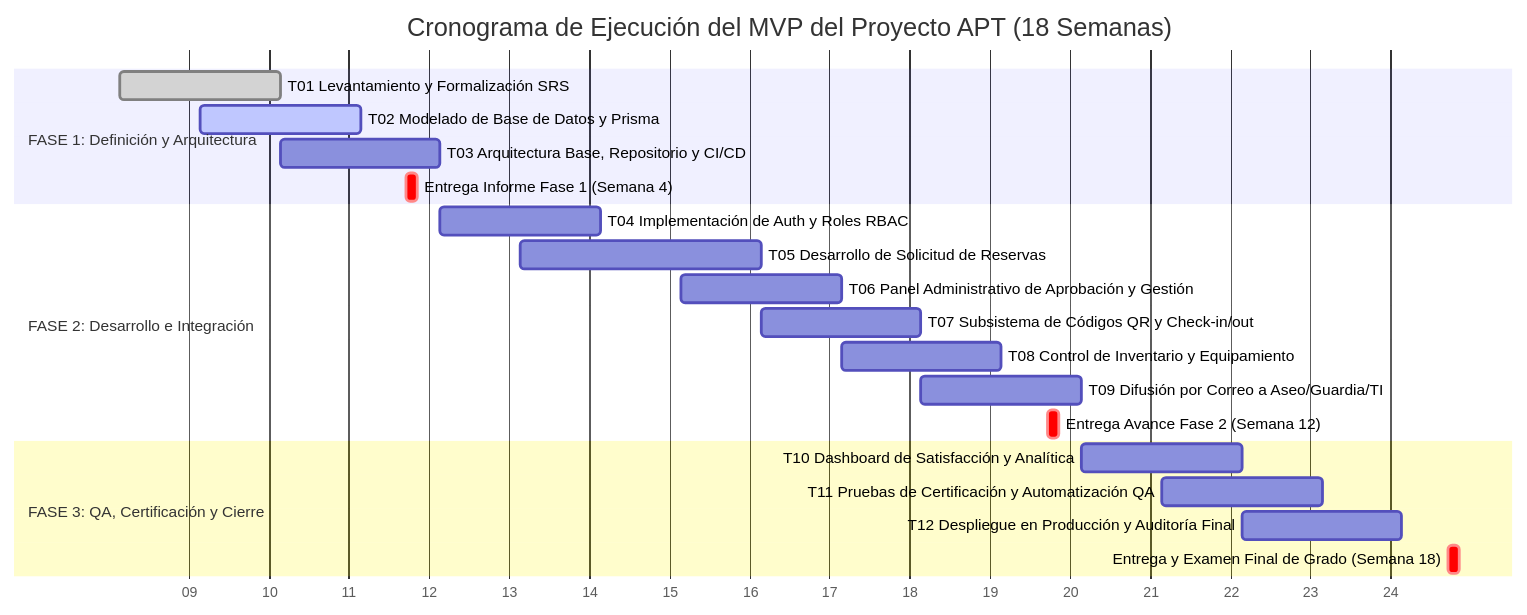
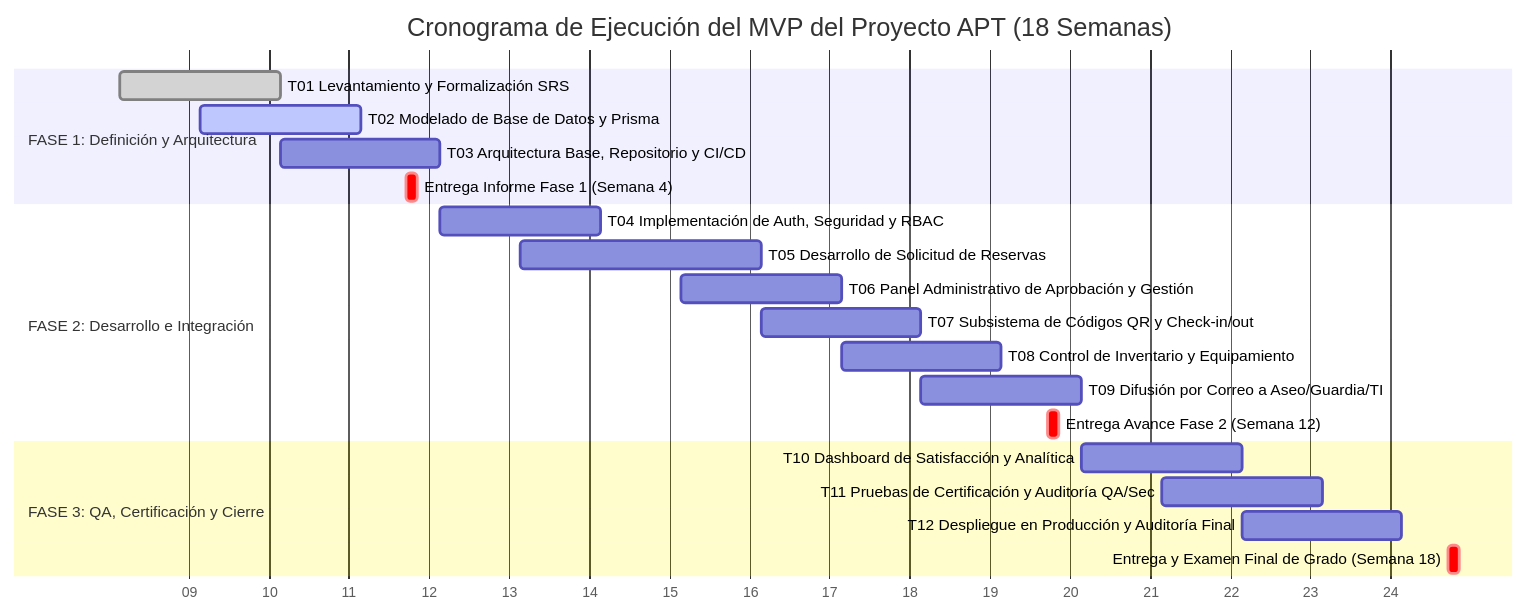
One commit to IMANDOI/sistema-gestion-auditorios-capstone changed the sixth of 11 diagrams in informe_fase_1_definicion_proyecto.md. Above: the diagram before and after it, drawn with Mermaid. The commit also changed other lines of this file, not shown here.

Commit message:
sec(fase1): incorporar arquitectura de ciberseguridad OWASP e ISO 27001 (informe_fase_1_definicion_proyecto.md)

````diff
--- a/informe_fase_1_definicion_proyecto.md
+++ b/informe_fase_1_definicion_proyecto.md
@@ -300,27 +303,27 @@
 ```mermaid
 gantt
     title Cronograma de Ejecución del MVP del Proyecto APT (18 Semanas)
     dateFormat  YYYY-MM-DD
     axisFormat %W
     
     section FASE 1: Definición y Arquitectura
     T01 Levantamiento y Formalización SRS             :done,    des1, 2026-03-02, 2026-03-16
     T02 Modelado de Base de Datos y Prisma           :active,  des2, 2026-03-09, 2026-03-23
     T03 Arquitectura Base, Repositorio y CI/CD       :         des3, 2026-03-16, 2026-03-30
     Entrega Informe Fase 1 (Semana 4)                :crit,    h1,   2026-03-27, 1d
 
     section FASE 2: Desarrollo e Integración
-    T04 Implementación de Auth y Roles RBAC          :         des4, 2026-03-30, 2026-04-13
+    T04 Implementación de Auth, Seguridad y RBAC     :         des4, 2026-03-30, 2026-04-13
     T05 Desarrollo de Solicitud de Reservas          :         des5, 2026-04-06, 2026-04-27
     T06 Panel Administrativo de Aprobación y Gestión :         des6, 2026-04-20, 2026-05-04
     T07 Subsistema de Códigos QR y Check-in/out      :         des7, 2026-04-27, 2026-05-11
     T08 Control de Inventario y Equipamiento         :         des8, 2026-05-04, 2026-05-18
     T09 Difusión por Correo a Aseo/Guardia/TI        :         des9, 2026-05-11, 2026-05-25
     Entrega Avance Fase 2 (Semana 12)                :crit,    h2,   2026-05-22, 1d
 
     section FASE 3: QA, Certificación y Cierre
     T10 Dashboard de Satisfacción y Analítica        :         des10, 2026-05-25, 2026-06-08
-    T11 Pruebas de Certificación y Automatización QA :         des11, 2026-06-01, 2026-06-15
+    T11 Pruebas de Certificación y Auditoría QA/Sec  :         des11, 2026-06-01, 2026-06-15
     T12 Despliegue en Producción y Auditoría Final   :         des12, 2026-06-08, 2026-06-22
     Entrega y Examen Final de Grado (Semana 18)      :crit,    h3,   2026-06-26, 1d
 ```
````
